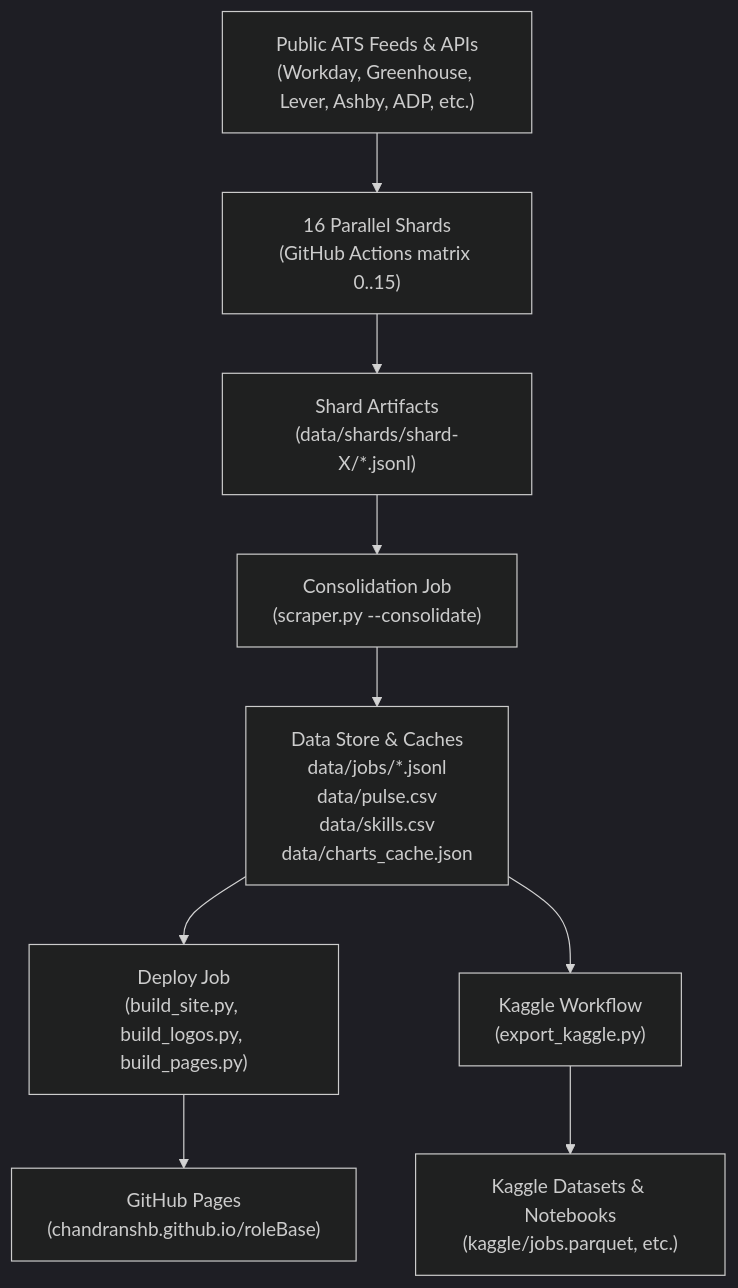
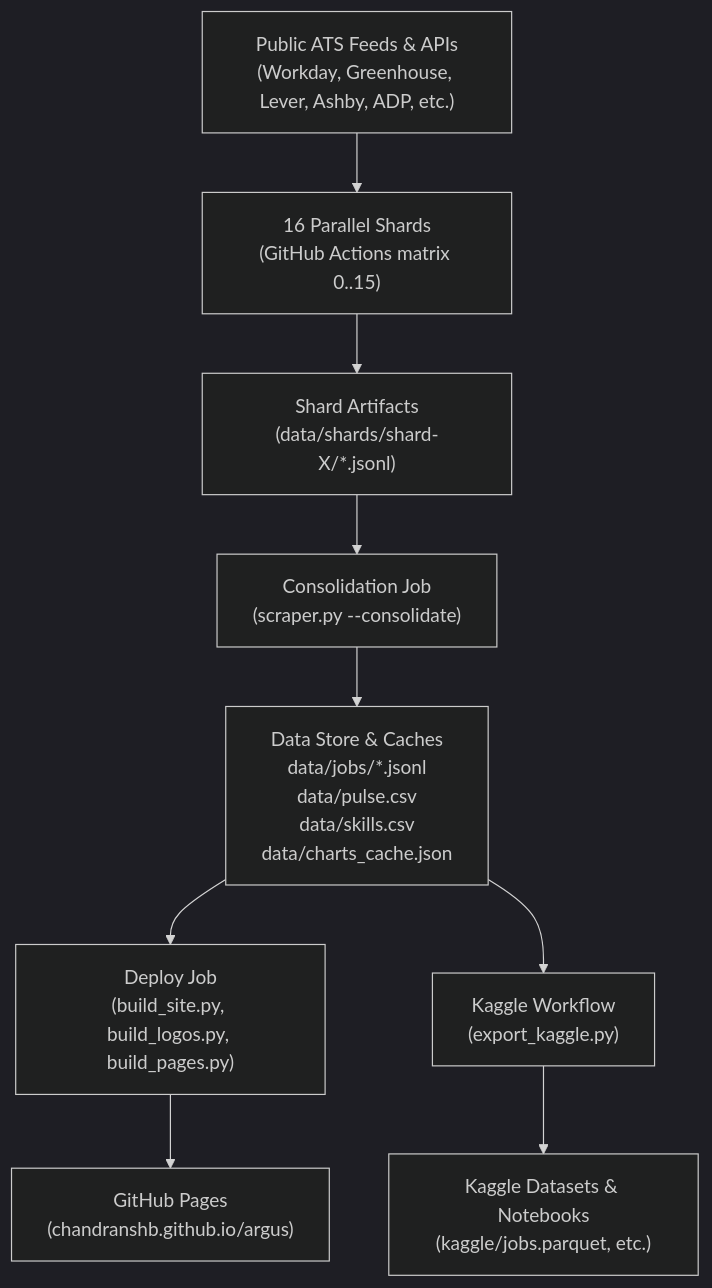
One commit to chandranshB/roleBase changed the diagram in AGENTS.md. Above: the diagram before and after it, drawn with Mermaid (dark theme). The commit also changed other lines of this file and 40 other files, not shown here.

Commit message:
rebrand: rename project and core engine from RoleBase to Argus

````diff
--- a/AGENTS.md
+++ b/AGENTS.md
@@ -11,11 +11,11 @@
 ```mermaid
 flowchart TD
     A["Public ATS Feeds & APIs<br/>(Workday, Greenhouse, Lever, Ashby, ADP, etc.)"] --> B["16 Parallel Shards<br/>(GitHub Actions matrix 0..15)"]
     B --> C["Shard Artifacts<br/>(data/shards/shard-X/*.jsonl)"]
     C --> D["Consolidation Job<br/>(scraper.py --consolidate)"]
     D --> E["Data Store & Caches<br/>data/jobs/*.jsonl<br/>data/pulse.csv<br/>data/skills.csv<br/>data/charts_cache.json"]
     E --> F["Deploy Job<br/>(build_site.py, build_logos.py, build_pages.py)"]
     E --> G["Kaggle Workflow<br/>(export_kaggle.py)"]
-    F --> H["GitHub Pages<br/>(chandranshb.github.io/roleBase)"]
+    F --> H["GitHub Pages<br/>(chandranshb.github.io/argus)"]
     G --> I["Kaggle Datasets & Notebooks<br/>(kaggle/jobs.parquet, etc.)"]
 ```
````
